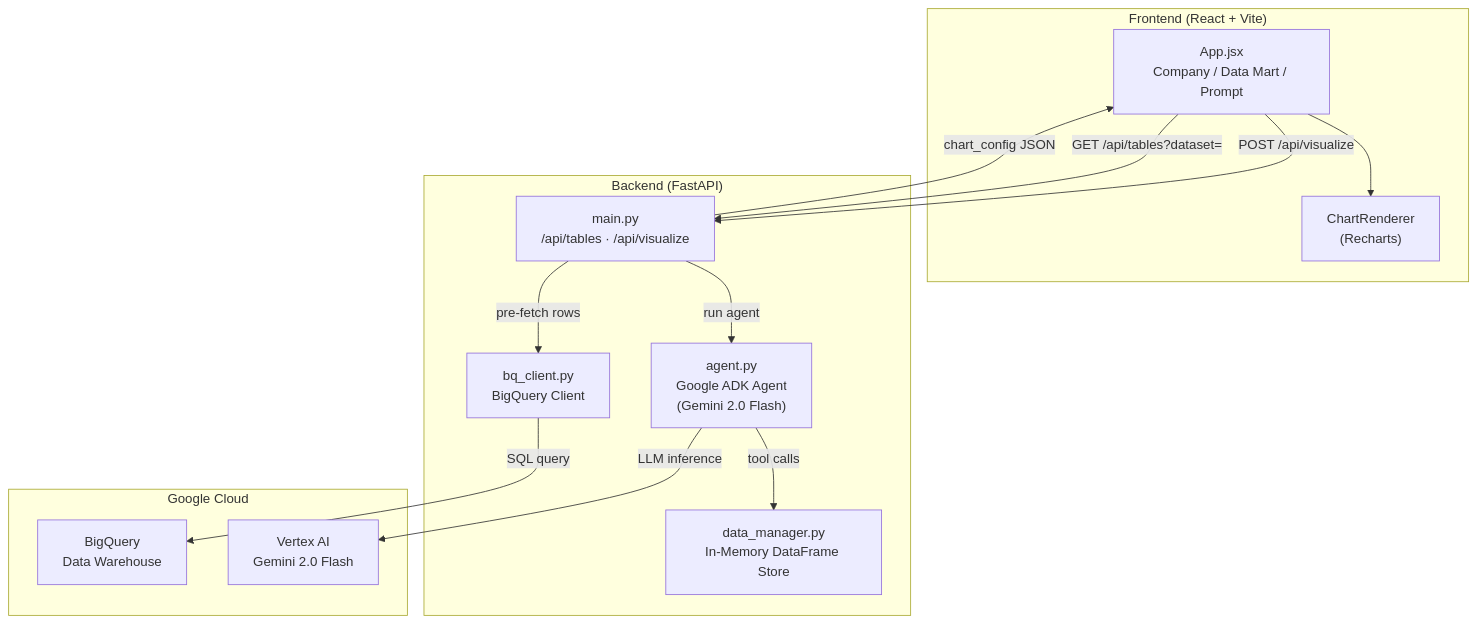
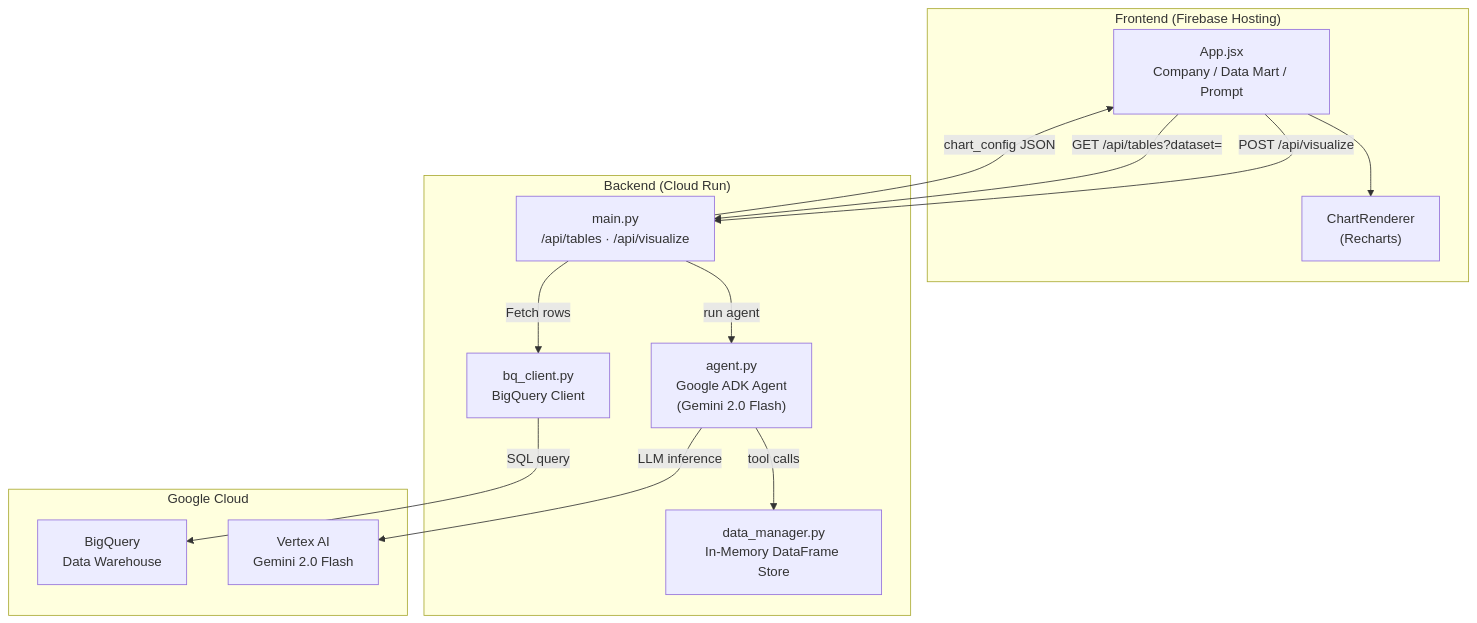
Before and after one commit to Aditya1614/Prompt-to-Visualization: the first of 2 diagrams in README.md, drawn with Mermaid.

````diff
--- a/README.md
+++ b/README.md
@@ -31,29 +31,29 @@
 ```mermaid
 flowchart TD
-    subgraph Frontend ["Frontend (React + Vite)"]
-        UI["App.jsx\nCompany / Data Mart / Prompt"]
-        CR["ChartRenderer\n(Recharts)"]
+    subgraph Frontend ["Frontend (Firebase Hosting)"]
+        UI["App.jsx<br>Company / Data Mart / Prompt"]
+        CR["ChartRenderer<br>(Recharts)"]
     end
 
-    subgraph Backend ["Backend (FastAPI)"]
-        API["main.py\n/api/tables · /api/visualize"]
-        AGENT["agent.py\nGoogle ADK Agent\n(Gemini 2.0 Flash)"]
-        DM["data_manager.py\nIn-Memory DataFrame Store"]
-        BQ["bq_client.py\nBigQuery Client"]
+    subgraph Backend ["Backend (Cloud Run)"]
+        API["main.py <br> /api/tables · /api/visualize"]
+        AGENT["agent.py<br>Google ADK Agent<br>(Gemini 2.0 Flash)"]
+        DM["data_manager.py<br>In-Memory DataFrame Store"]
+        BQ["bq_client.py<br>BigQuery Client"]
     end
 
     subgraph GCP ["Google Cloud"]
-        BQW["BigQuery\nData Warehouse"]
-        VERTEX["Vertex AI\nGemini 2.0 Flash"]
+        BQW["BigQuery<br>Data Warehouse"]
+        VERTEX["Vertex AI<br>Gemini 2.0 Flash"]
     end
 
     UI -- "POST /api/visualize" --> API
     UI -- "GET /api/tables?dataset=" --> API
-    API -- "pre-fetch rows" --> BQ
+    API -- "Fetch rows" --> BQ
     BQ -- "SQL query" --> BQW
     API -- "run agent" --> AGENT
     AGENT -- "tool calls" --> DM
     AGENT -- "LLM inference" --> VERTEX
     API -- "chart_config JSON" --> UI
     UI --> CR
 ```
````
